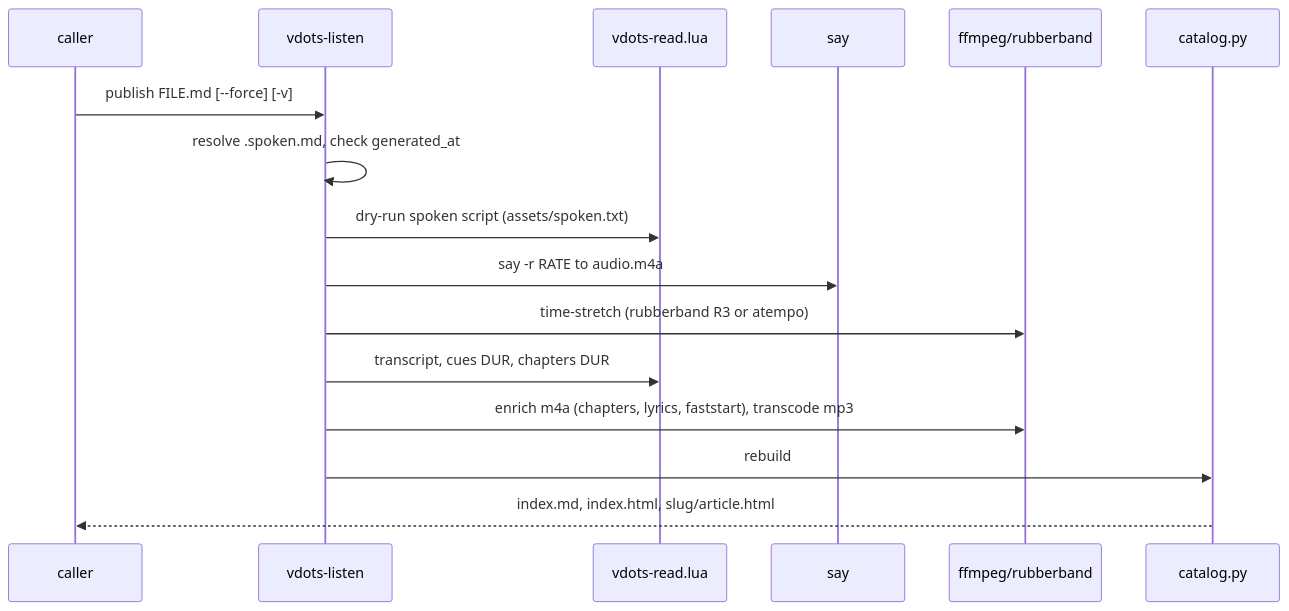
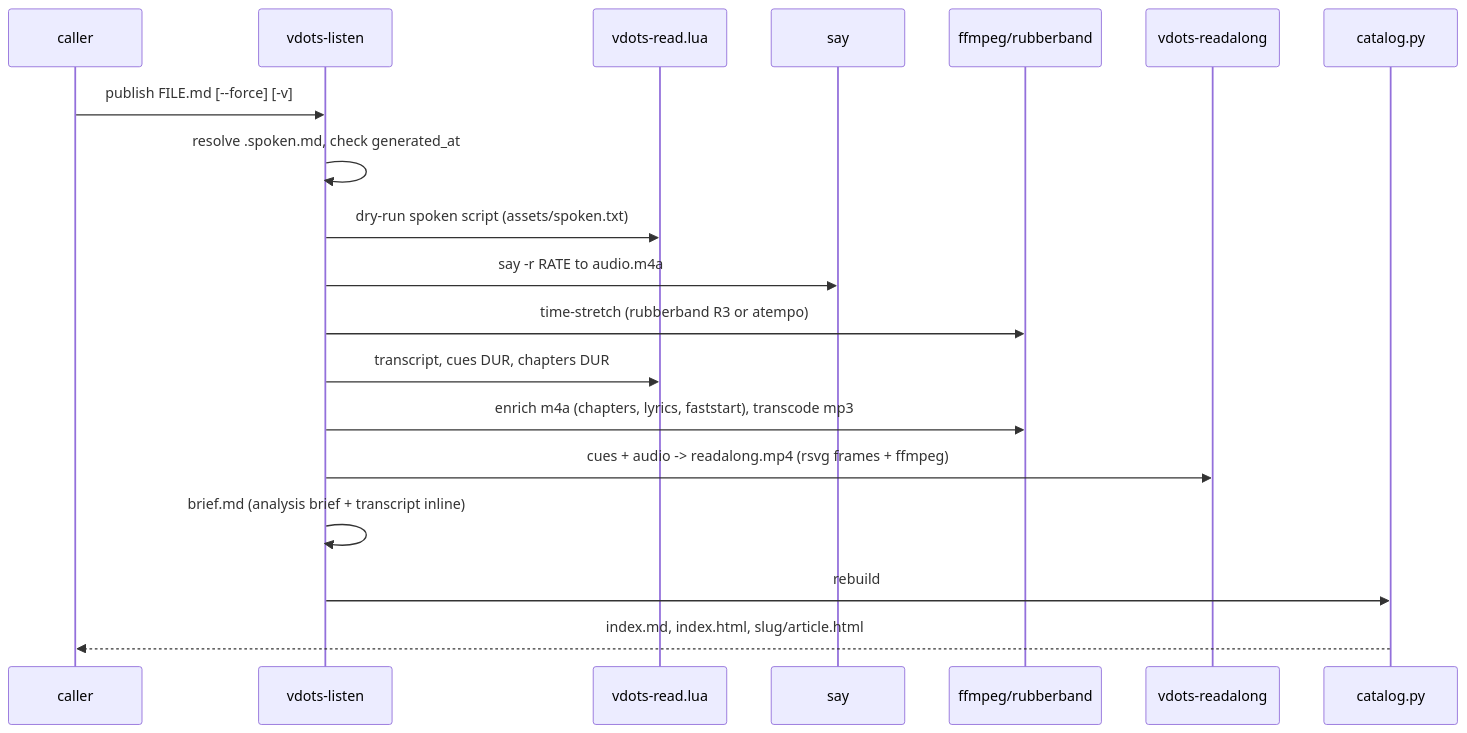
One commit to just3ws/vdots changed the second of 2 diagrams in docs/wiki/Read-Aloud.md. Above: the diagram before and after it, drawn with Mermaid. The commit also changed other lines of this file and 13 other files, not shown here.

First line of the commit message:
feat(listen): read-along video + Gemini analysis brief

````diff
--- a/docs/wiki/Read-Aloud.md
+++ b/docs/wiki/Read-Aloud.md
@@ -116,18 +116,21 @@
 ```mermaid
 sequenceDiagram
   participant U as caller
   participant L as vdots-listen
   participant R as vdots-read.lua
   participant S as say
   participant F as ffmpeg/rubberband
+  participant V as vdots-readalong
   participant P as catalog.py
   U->>L: publish FILE.md [--force] [-v]
   L->>L: resolve .spoken.md, check generated_at
   L->>R: dry-run spoken script (assets/spoken.txt)
   L->>S: say -r RATE to audio.m4a
   L->>F: time-stretch (rubberband R3 or atempo)
   L->>R: transcript, cues DUR, chapters DUR
   L->>F: enrich m4a (chapters, lyrics, faststart), transcode mp3
+  L->>V: cues + audio -> readalong.mp4 (rsvg frames + ffmpeg)
+  L->>L: brief.md (analysis brief + transcript inline)
   L->>P: rebuild
   P-->>U: index.md, index.html, slug/article.html
 ```
````
